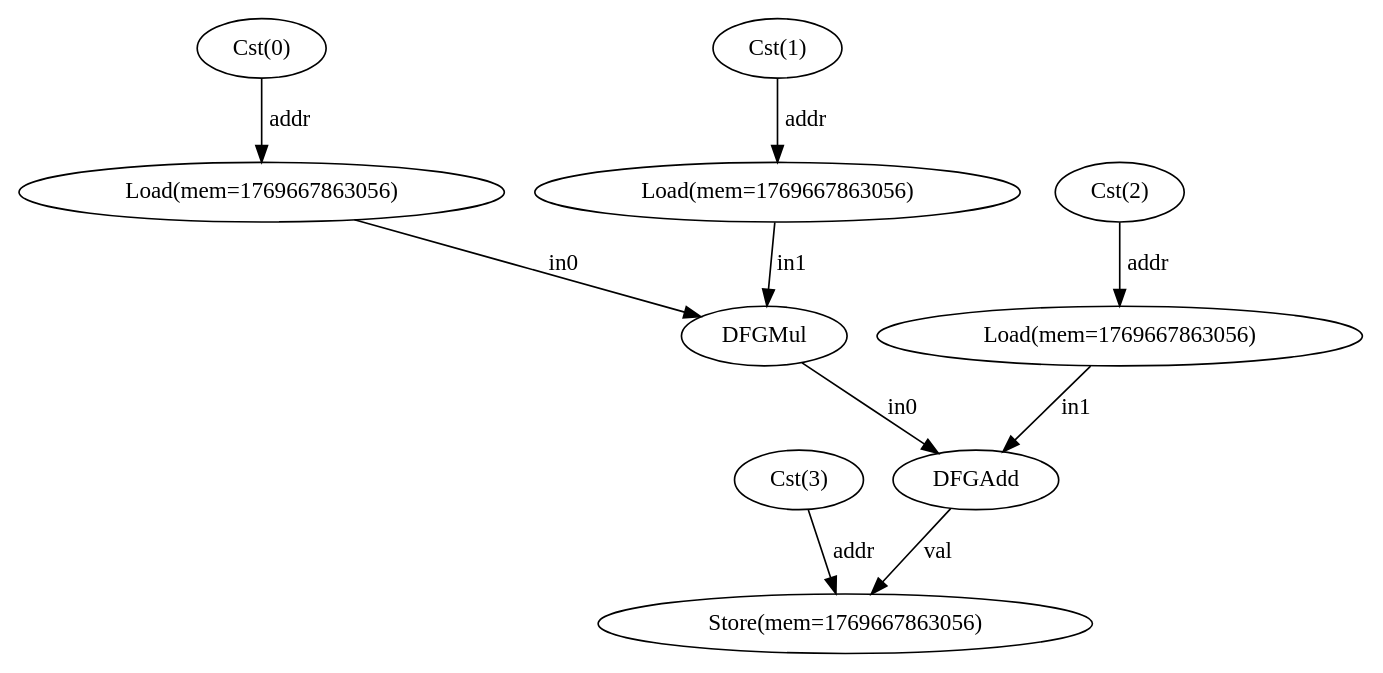
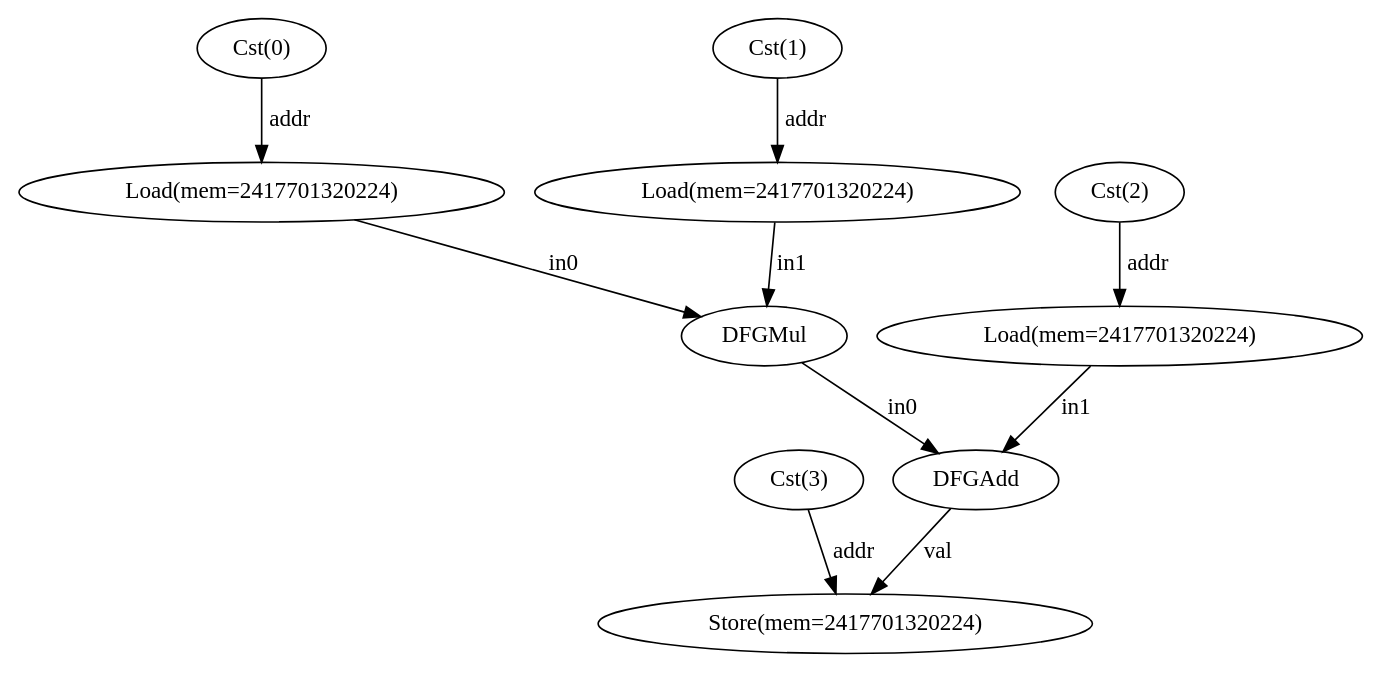
One commit to ma-carrillo/High-level-synthesis-assignment changed the diagram in dfg.dot. Above: the diagram before and after it, drawn with Graphviz. The commit also changed 6 other files, not shown here.

```diff
--- a/dfg.dot
+++ b/dfg.dot
@@ -1,21 +1,21 @@
 digraph "example_dfg" {
   n0 [label="Cst(3)"];
   n1 [label="Cst(0)"];
-  n2 [label="Load(mem=1769667863056)"];
+  n2 [label="Load(mem=2417701320224)"];
   n3 [label="Cst(1)"];
-  n4 [label="Load(mem=1769667863056)"];
+  n4 [label="Load(mem=2417701320224)"];
   n5 [label="DFGMul"];
   n6 [label="Cst(2)"];
-  n7 [label="Load(mem=1769667863056)"];
+  n7 [label="Load(mem=2417701320224)"];
   n8 [label="DFGAdd"];
-  n9 [label="Store(mem=1769667863056)"];
+  n9 [label="Store(mem=2417701320224)"];
   n0 -> n9 [label="addr"];
   n1 -> n2 [label="addr"];
   n2 -> n5 [label="in0"];
   n3 -> n4 [label="addr"];
   n4 -> n5 [label="in1"];
   n5 -> n8 [label="in0"];
   n6 -> n7 [label="addr"];
   n7 -> n8 [label="in1"];
   n8 -> n9 [label="val"];
 }
```
